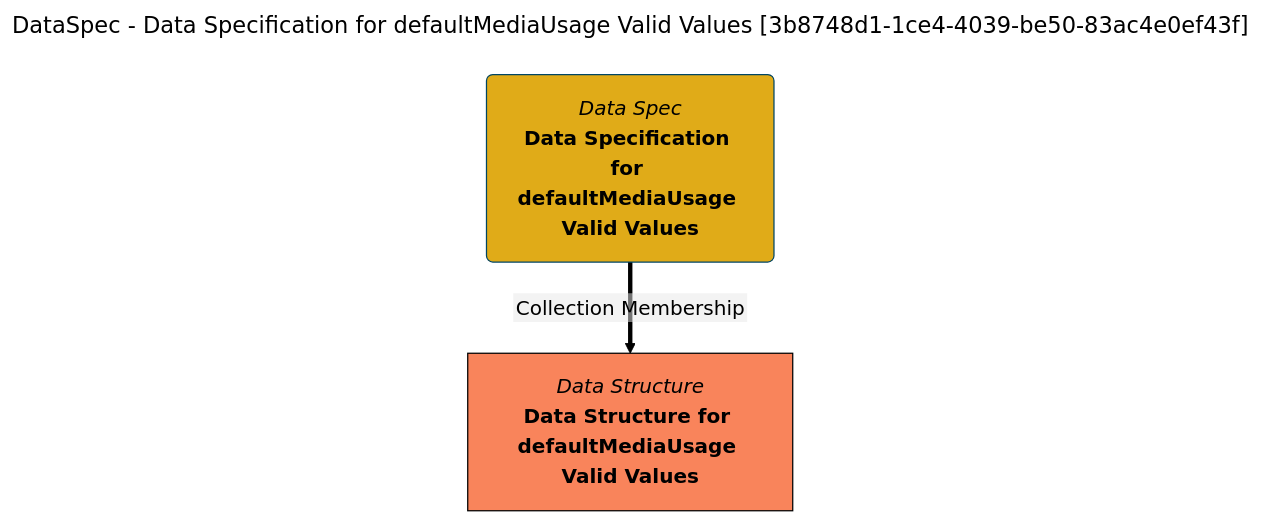
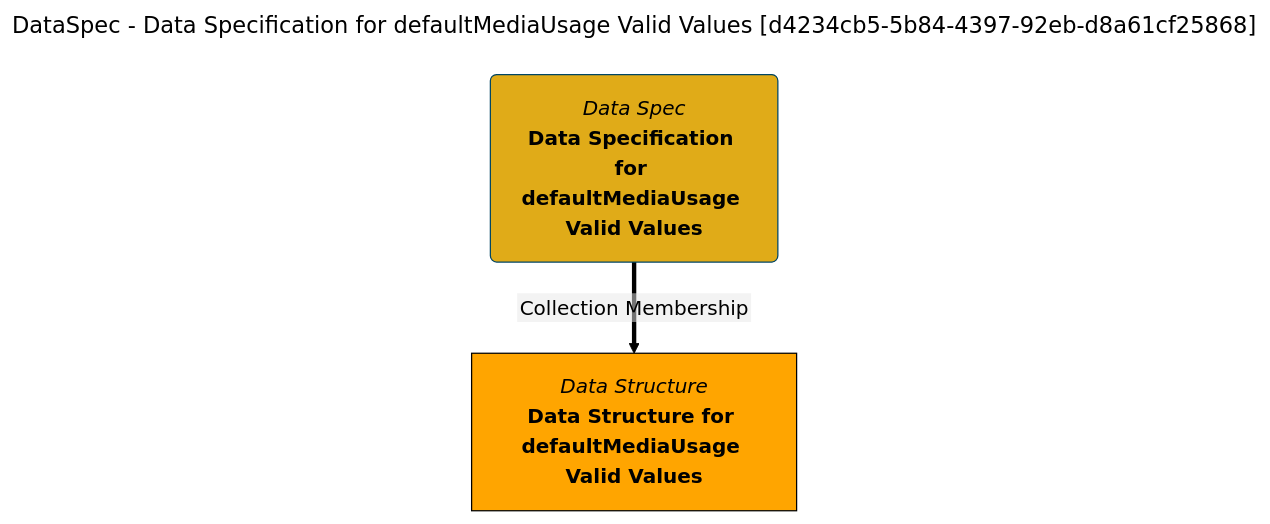
The diagram in site/snippets/collections/data-specs/data-specification-for-defaultmediausage-valid-values-mermaid-graph.md (odpi/egeria-docs), drawn with Mermaid (forest theme) before and after one commit. The commit also changed 2201 other files, not shown here.

````diff
--- a/site/snippets/collections/data-specs/data-specification-for-defaultmediausage-valid-values-mermaid-graph.md
+++ b/site/snippets/collections/data-specs/data-specification-for-defaultmediausage-valid-values-mermaid-graph.md
@@ -1,15 +1,15 @@
 ```mermaid
 ---
-title: DataSpec - Data Specification for defaultMediaUsage Valid Values [3b8748d1-1ce4-4039-be50-83ac4e0ef43f]
+title: DataSpec - Data Specification for defaultMediaUsage Valid Values [d4234cb5-5b84-4397-92eb-d8a61cf25868]
 ---
 flowchart TD
 %%{init: {"flowchart": {"htmlLabels": false}} }%%
 
 1@{ shape: rounded, label: "*Data Spec*
 **Data Specification for defaultMediaUsage Valid Values**"}
 2@{ shape: rect, label: "*Data Structure*
 **Data Structure for defaultMediaUsage Valid Values**"}
 1==>|"Collection Membership"|2
 style 1 color:#000000, fill:#e0ab18, stroke:#004563
-style 2 color:#000000, fill:#f9845b, stroke:#000000
+style 2 color:#000000, fill:#FFA500, stroke:#000000
 ```
````
